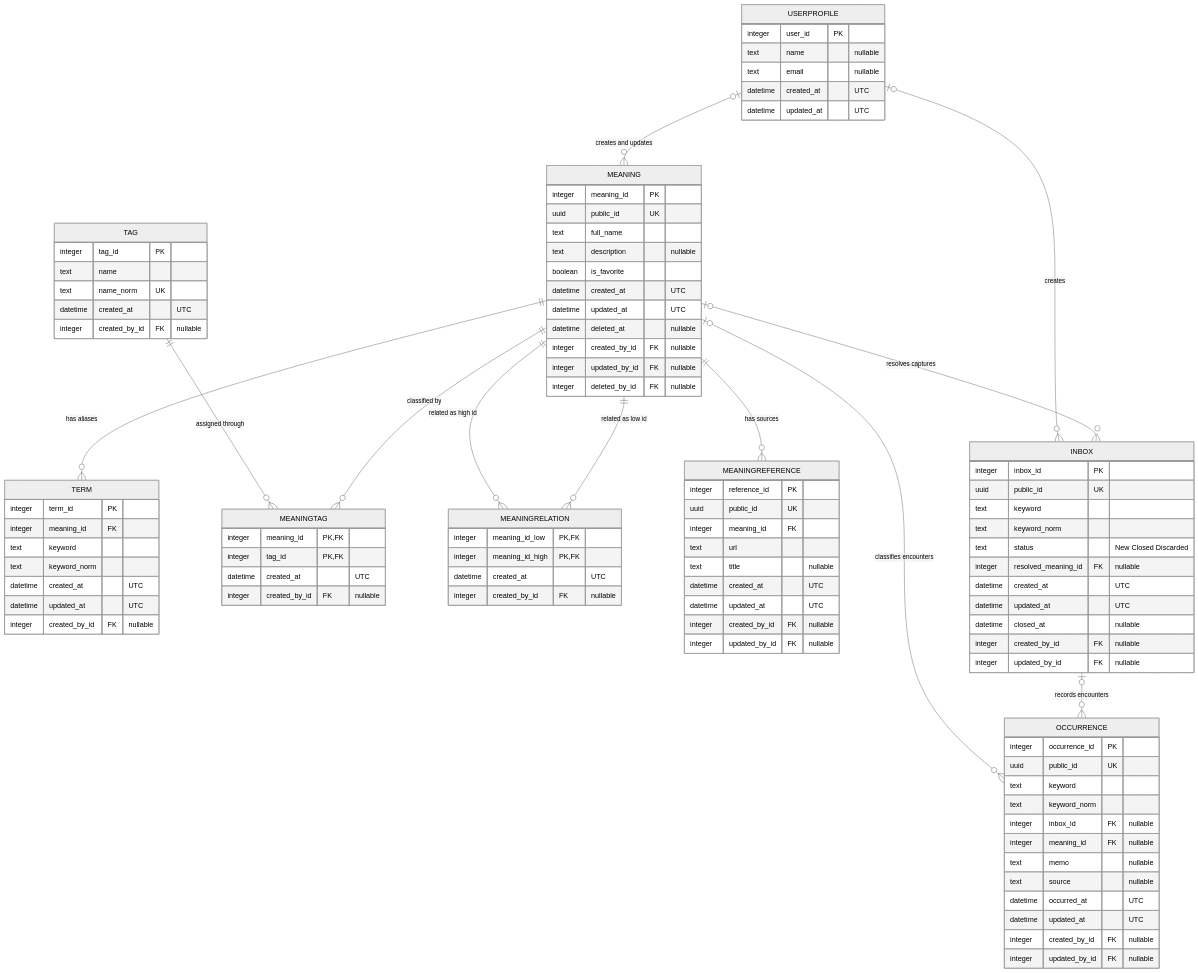
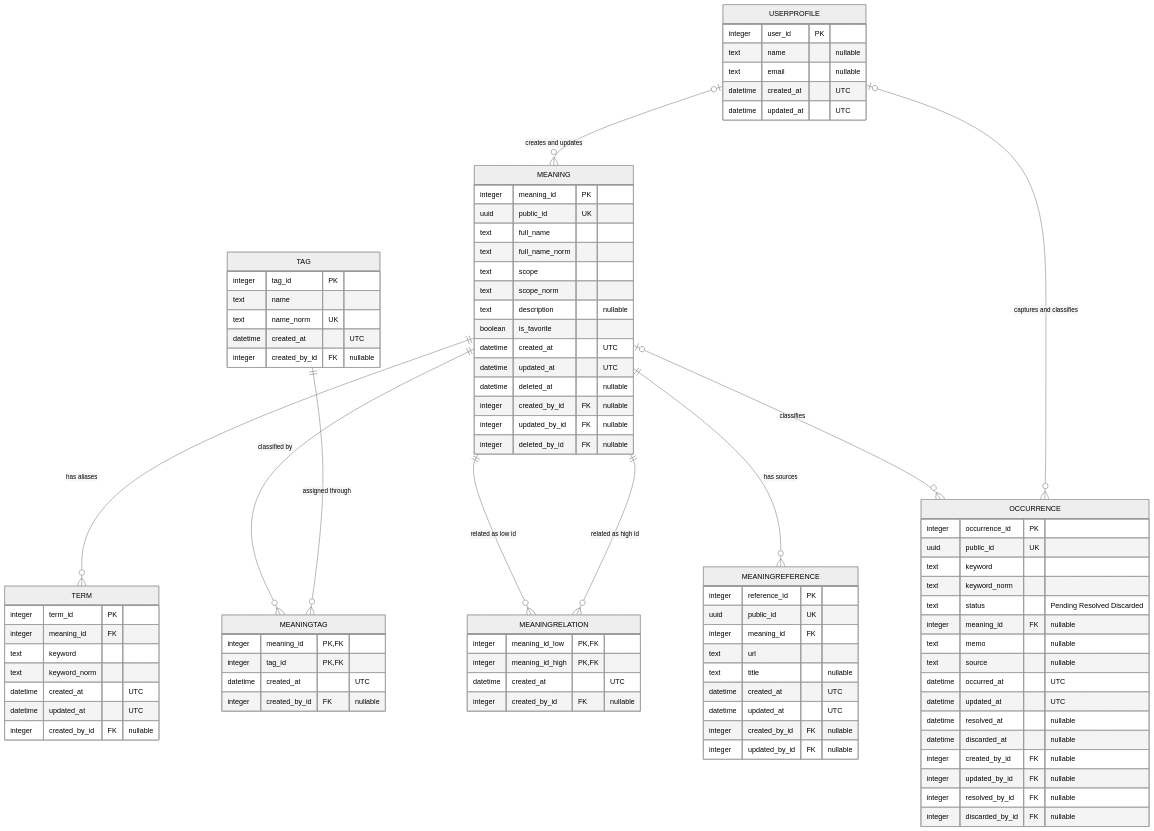
The first of 2 diagrams in docs/003_domain_model.md (niikei/TermKeeper), drawn with Mermaid (neutral theme) before and after one commit. The commit also changed other lines of this file and 7 other files, not shown here.

````diff
--- a/docs/003_domain_model.md
+++ b/docs/003_domain_model.md
@@ -19,12 +21,10 @@
     MEANING ||--o{ MEANINGRELATION : "related as low id"
     MEANING ||--o{ MEANINGRELATION : "related as high id"
     MEANING ||--o{ MEANINGREFERENCE : "has sources"
+    MEANING o|--o{ OCCURRENCE : "classifies"
     TAG ||--o{ MEANINGTAG : "assigned through"
-    MEANING o|--o{ INBOX : "resolves captures"
-    INBOX o|--o{ OCCURRENCE : "records encounters"
-    MEANING o|--o{ OCCURRENCE : "classifies encounters"
-    USERPROFILE o|--o{ INBOX : "creates"
     USERPROFILE o|--o{ MEANING : "creates and updates"
+    USERPROFILE o|--o{ OCCURRENCE : "captures and classifies"
 
     USERPROFILE {
         integer user_id PK
@@ -38,6 +38,9 @@
         integer meaning_id PK
         uuid public_id UK
         text full_name
+        text full_name_norm
+        text scope
+        text scope_norm
         text description "nullable"
         boolean is_favorite
         datetime created_at "UTC"
@@ -56,6 +59,25 @@
         datetime created_at "UTC"
         datetime updated_at "UTC"
         integer created_by_id FK "nullable"
+    }
+
+    OCCURRENCE {
+        integer occurrence_id PK
+        uuid public_id UK
+        text keyword
+        text keyword_norm
+        text status "Pending Resolved Discarded"
+        integer meaning_id FK "nullable"
+        text memo "nullable"
+        text source "nullable"
+        datetime occurred_at "UTC"
+        datetime updated_at "UTC"
+        datetime resolved_at "nullable"
+        datetime discarded_at "nullable"
+        integer created_by_id FK "nullable"
+        integer updated_by_id FK "nullable"
+        integer resolved_by_id FK "nullable"
+        integer discarded_by_id FK "nullable"
     }
 
     TAG {
@@ -91,33 +113,4 @@
         integer created_by_id FK "nullable"
         integer updated_by_id FK "nullable"
     }
-
-    INBOX {
-        integer inbox_id PK
-        uuid public_id UK
-        text keyword
-        text keyword_norm
-        text status "New Closed Discarded"
-        integer resolved_meaning_id FK "nullable"
-        datetime created_at "UTC"
-        datetime updated_at "UTC"
-        datetime closed_at "nullable"
-        integer created_by_id FK "nullable"
-        integer updated_by_id FK "nullable"
-    }
-
-    OCCURRENCE {
-        integer occurrence_id PK
-        uuid public_id UK
-        text keyword
-        text keyword_norm
-        integer inbox_id FK "nullable"
-        integer meaning_id FK "nullable"
-        text memo "nullable"
-        text source "nullable"
-        datetime occurred_at "UTC"
-        datetime updated_at "UTC"
-        integer created_by_id FK "nullable"
-        integer updated_by_id FK "nullable"
-    }
 ```
````
